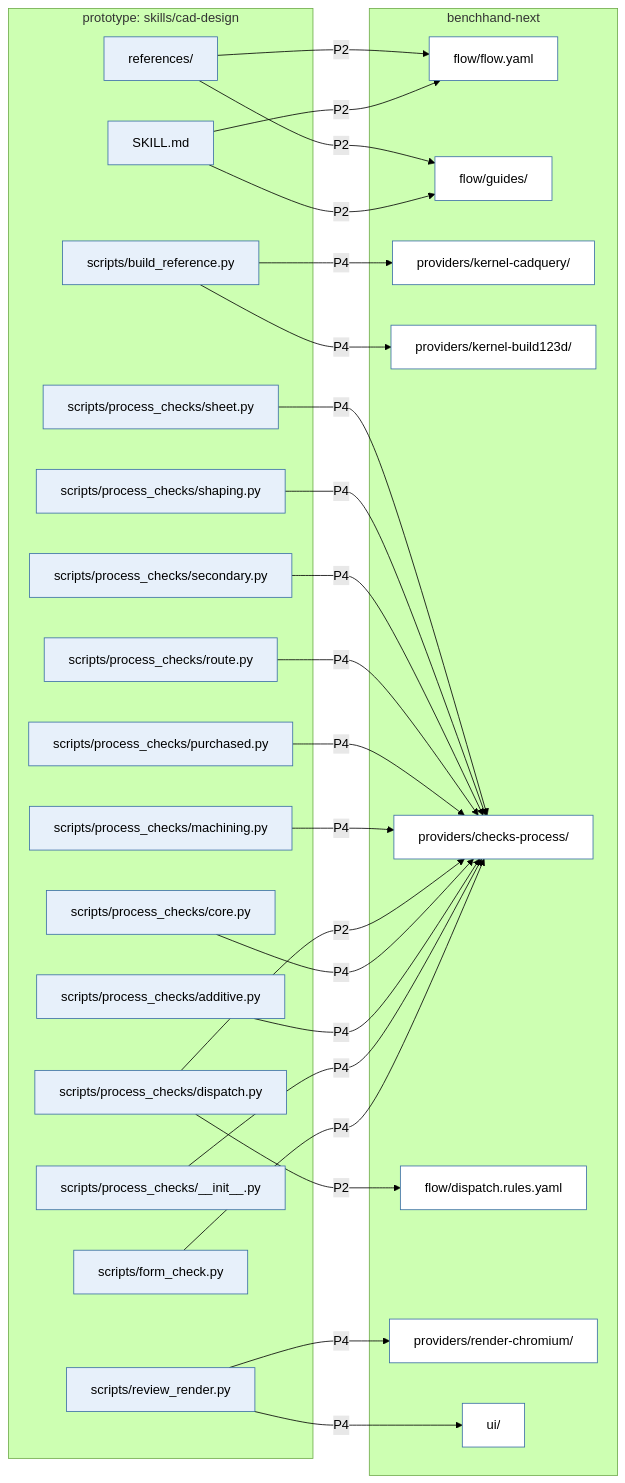
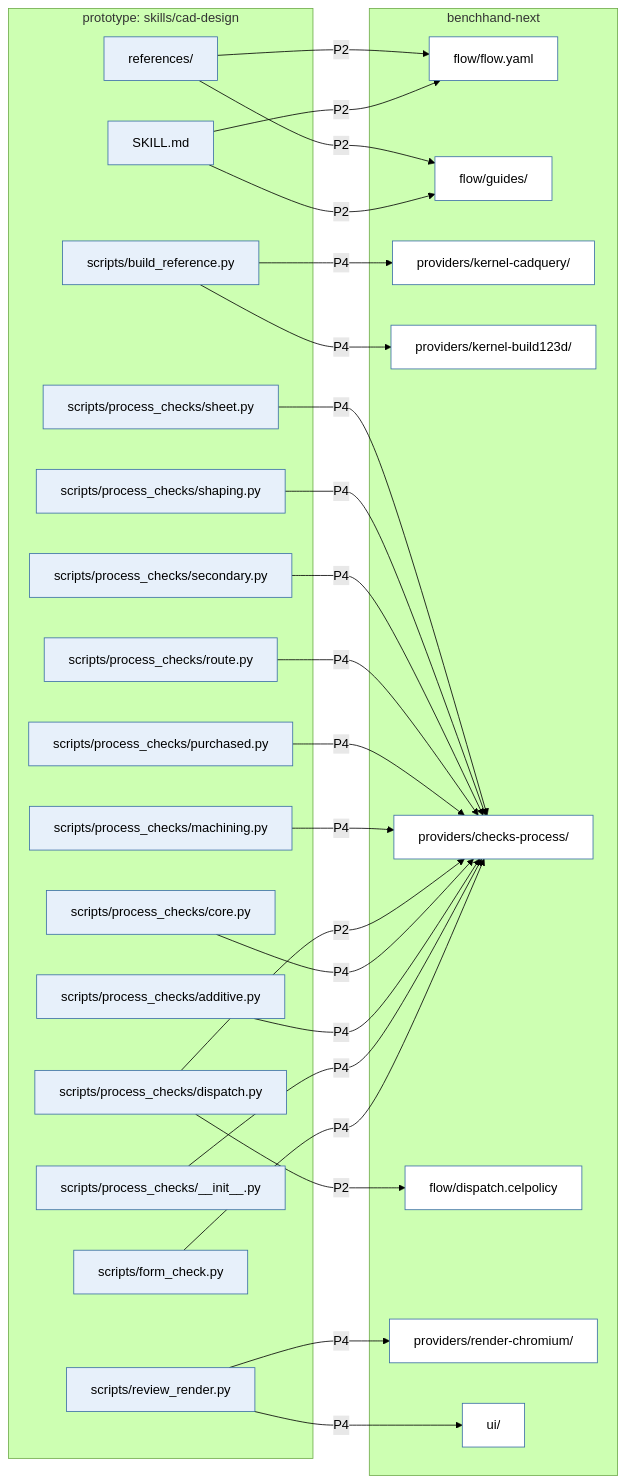
The fourth of 17 diagrams in docs/architecture/function-map.md (benchhand/benchhand-next), drawn with Mermaid (forest theme) before and after one commit. The commit also changed other lines of this file and 1 other file, not shown here.

Commit message:
docs(architecture): rule-list homes are .celpolicy files in the reference map (ADR-0020)

````diff
--- a/docs/architecture/function-map.md
+++ b/docs/architecture/function-map.md
@@ -210,79 +210,79 @@
 ```mermaid
 flowchart LR
     subgraph prototype["prototype: skills/cad-design"]
         p0["SKILL.md"]
         p1["scripts/build_reference.py"]
         p2["scripts/form_check.py"]
         p3["scripts/process_checks/__init__.py"]
         p4["scripts/process_checks/additive.py"]
         p5["scripts/process_checks/core.py"]
         p6["scripts/process_checks/dispatch.py"]
         p7["scripts/process_checks/machining.py"]
         p8["scripts/process_checks/purchased.py"]
         p9["scripts/process_checks/route.py"]
         p10["scripts/process_checks/secondary.py"]
         p11["scripts/process_checks/shaping.py"]
         p12["scripts/process_checks/sheet.py"]
         p13["scripts/review_render.py"]
         p14["references/"]
     end
     subgraph next["benchhand-next"]
         h0["flow/flow.yaml"]
         h1["flow/guides/"]
         h2["providers/kernel-cadquery/"]
         h3["providers/kernel-build123d/"]
         h4["providers/checks-process/"]
-        h5["flow/dispatch.rules.yaml"]
+        h5["flow/dispatch.celpolicy"]
         h6["providers/render-chromium/"]
         h7["ui/"]
     end
     p0 -->|"P2"| h0
     p0 -->|"P2"| h1
     p1 -->|"P4"| h2
     p1 -->|"P4"| h3
     p2 -->|"P4"| h4
     p3 -->|"P4"| h4
     p4 -->|"P4"| h4
     p5 -->|"P4"| h4
     p6 -->|"P2"| h5
     p6 -->|"P2"| h4
     p7 -->|"P4"| h4
     p8 -->|"P4"| h4
     p9 -->|"P4"| h4
     p10 -->|"P4"| h4
     p11 -->|"P4"| h4
     p12 -->|"P4"| h4
     p13 -->|"P4"| h6
     p13 -->|"P4"| h7
     p14 -->|"P2"| h0
     p14 -->|"P2"| h1
     class p0 planned
     class p1 planned
     class p2 planned
     class p3 planned
     class p4 planned
     class p5 planned
     class p6 planned
     class p7 planned
     class p8 planned
     class p9 planned
     class p10 planned
     class p11 planned
     class p12 planned
     class p13 planned
     class p14 planned
     class h0 home
     class h1 home
     class h2 home
     class h3 home
     class h4 home
     class h5 home
     class h6 home
     class h7 home
     classDef ported fill:#d8f3dc,stroke:#2d6a4f
     classDef partial fill:#f1faf3,stroke:#2d6a4f,stroke-width:2px,stroke-dasharray: 6 3
     classDef inprogress fill:#fff3bf,stroke:#b08900
     classDef planned fill:#e7f0fa,stroke:#3a6ea5
     classDef dropped fill:#eeeeee,stroke:#888888,stroke-dasharray: 4 3,color:#666666
     classDef home fill:#ffffff,stroke:#3a6ea5
 ```
````
